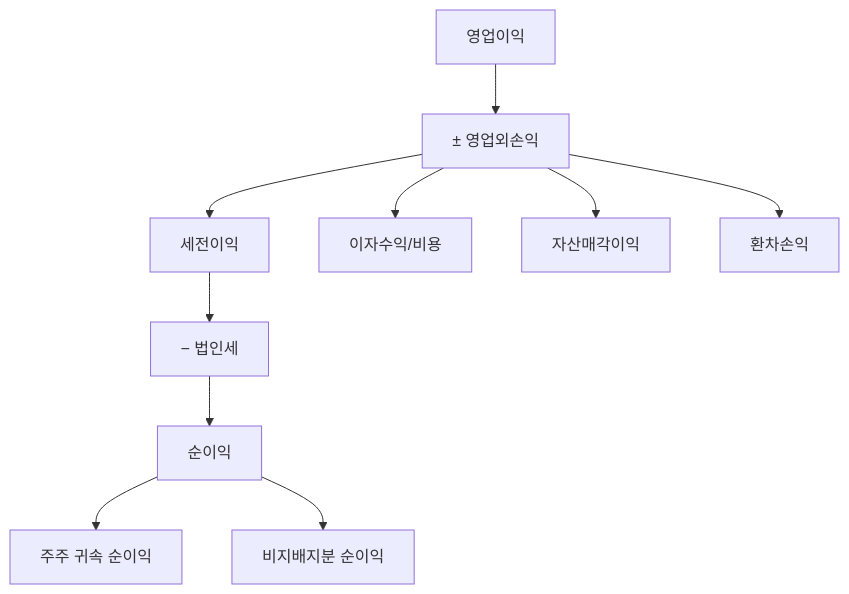
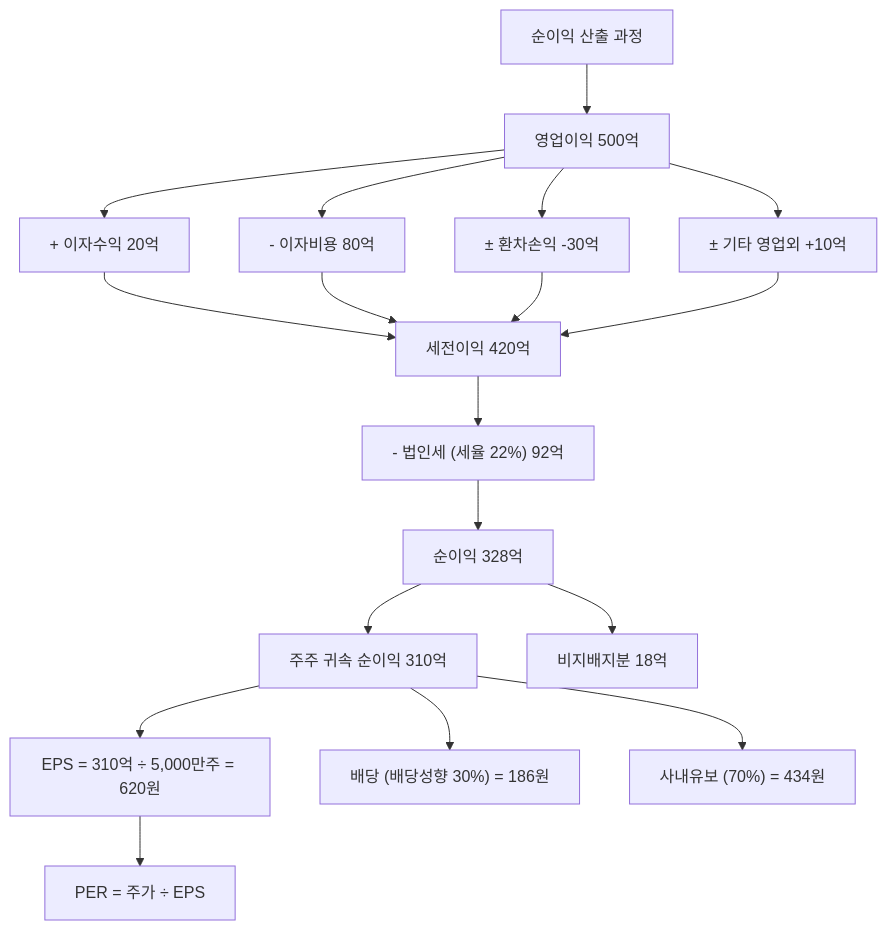
The diagram in content/stock-terms/ko/level-03-financial-statements/net-income.md (yeongseon/stock-visual-note), drawn with Mermaid before and after one commit. The commit also changed other lines of this file, not shown here.

Commit message:
content: rewrite net-income.md — 일회성 이익 함정 사례, EPS-PER-주가 연결 구조, 조정 순이익 개념

````diff
--- a/content/stock-terms/ko/level-03-financial-statements/net-income.md
+++ b/content/stock-terms/ko/level-03-financial-statements/net-income.md
@@ -53,13 +56,20 @@
 ```mermaid
 graph TD
-    A["영업이익"]
-    A --> B["± 영업외손익"]
-    B --> C["세전이익"]
-    C --> D["− 법인세"]
-    D --> E["순이익"]
-    B --> F["이자수익/비용"]
-    B --> G["자산매각이익"]
-    B --> H["환차손익"]
-    E --> I["주주 귀속 순이익"]
-    E --> J["비지배지분 순이익"]
+    A["순이익 산출 과정"] --> B["영업이익 500억"]
+    B --> C["+ 이자수익 20억"]
+    B --> D["- 이자비용 80억"]
+    B --> E["± 환차손익 -30억"]
+    B --> F["± 기타 영업외 +10억"]
+    C --> G["세전이익 420억"]
+    D --> G
+    E --> G
+    F --> G
+    G --> H["- 법인세 (세율 22%) 92억"]
+    H --> I["순이익 328억"]
+    I --> J["주주 귀속 순이익 310억"]
+    I --> K["비지배지분 18억"]
+    J --> L["EPS = 310억 ÷ 5,000만주 = 620원"]
+    J --> M["배당 (배당성향 30%) = 186원"]
+    J --> N["사내유보 (70%) = 434원"]
+    L --> O["PER = 주가 ÷ EPS"]
 ```
````
